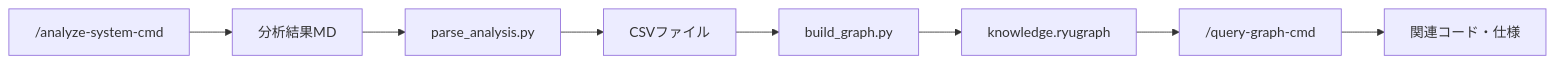
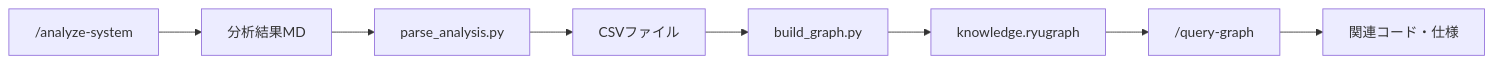
One commit to wfukatsu/rearchitect-agent changed the second of 3 diagrams in README.md. Above: the diagram before and after it, drawn with Mermaid. The commit also changed other lines of this file and 90 other files, not shown here.

````diff
--- a/README.md
+++ b/README.md
@@ -351,10 +434,10 @@
 ```mermaid
 graph LR
-    A["/analyze-system-cmd"] --> B[分析結果MD]
+    A["/analyze-system"] --> B["分析結果MD"]
     B --> C[parse_analysis.py]
-    C --> D[CSVファイル]
+    C --> D["CSVファイル"]
     D --> E[build_graph.py]
     E --> F[knowledge.ryugraph]
-    F --> G["/query-graph-cmd"]
-    G --> H[関連コード・仕様]
+    F --> G["/query-graph"]
+    G --> H["関連コード・仕様"]
 ```
````
